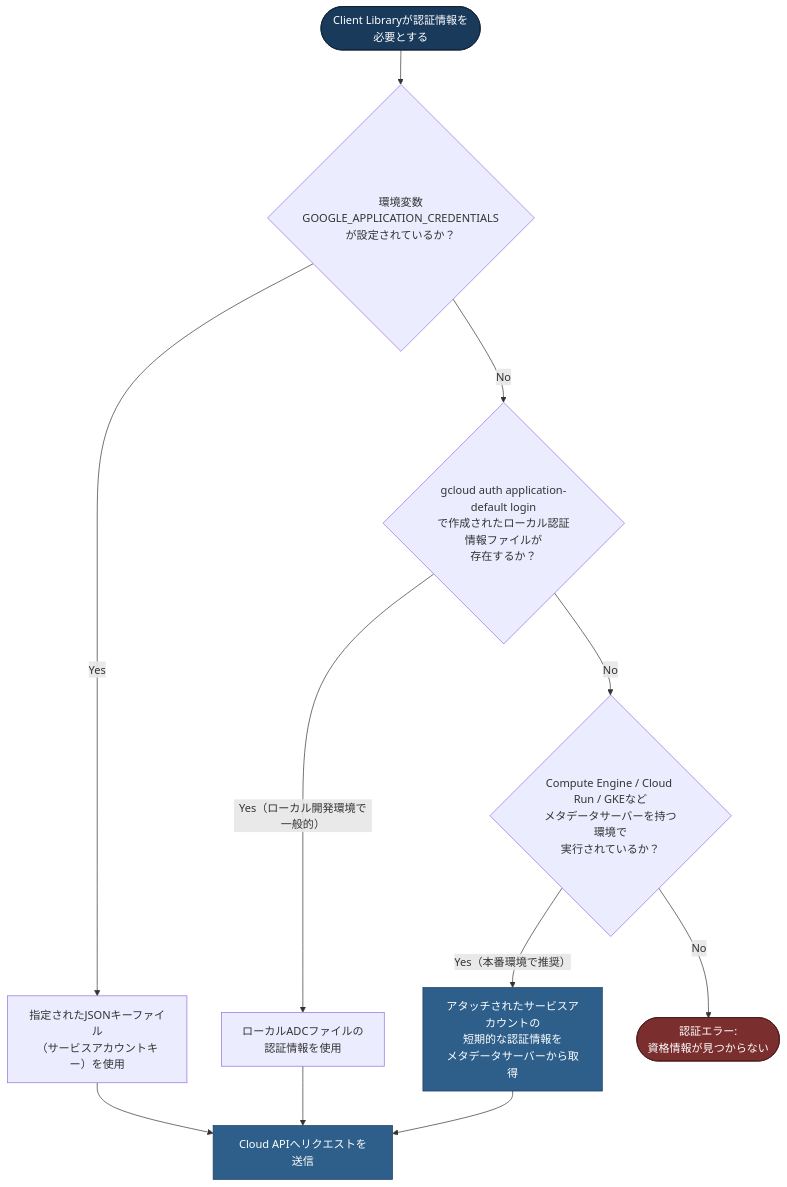
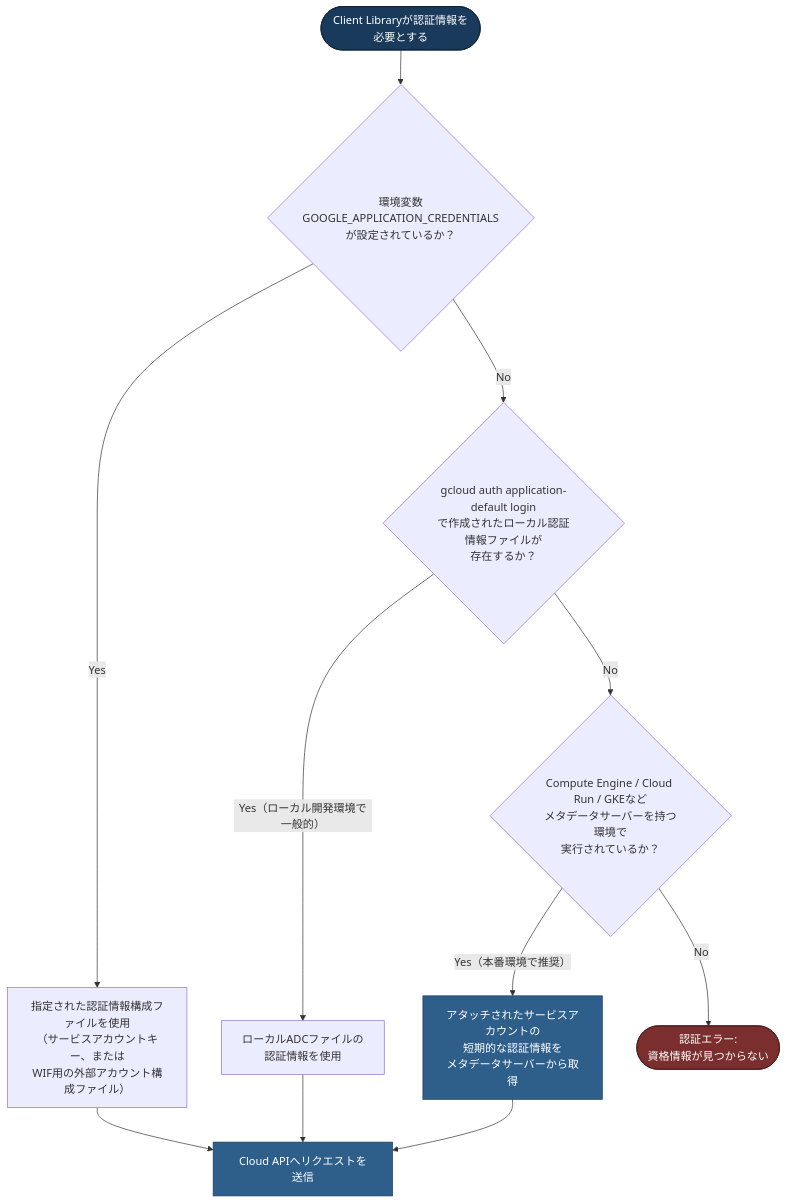
One commit to myoshi2891/Cloud-Infrastructure-Studies changed the tenth of 15 diagrams in Gcp-professional-cloud-developer-section4.md. Above: the diagram before and after it, drawn with Mermaid. The commit also changed other lines of this file and 2 other files, not shown here.

````diff
--- a/Gcp-professional-cloud-developer-section4.md
+++ b/Gcp-professional-cloud-developer-section4.md
@@ -492,19 +494,19 @@
 ```mermaid
 flowchart TD
     Start(["Client Libraryが認証情報を必要とする"]) --> C1{"環境変数<br/>GOOGLE_APPLICATION_CREDENTIALS<br/>が設定されているか？"}
-    C1 -->|"Yes"| Use1["指定されたJSONキーファイル<br/>（サービスアカウントキー）を使用"]
+    C1 -->|"Yes"| Use1["指定された認証情報構成ファイルを使用<br/>（サービスアカウントキー、または<br/>WIF用の外部アカウント構成ファイル）"]
     C1 -->|"No"| C2{"gcloud auth application-default login<br/>で作成されたローカル認証情報ファイルが<br/>存在するか？"}
     C2 -->|"Yes（ローカル開発環境で一般的）"| Use2["ローカルADCファイルの<br/>認証情報を使用"]
     C2 -->|"No"| C3{"Compute Engine / Cloud Run / GKEなど<br/>メタデータサーバーを持つ環境で<br/>実行されているか？"}
     C3 -->|"Yes（本番環境で推奨）"| Use3["アタッチされたサービスアカウントの<br/>短期的な認証情報を<br/>メタデータサーバーから取得"]
     C3 -->|"No"| Error(["認証エラー:<br/>資格情報が見つからない"])
 
     Use1 --> Call["Cloud APIへリクエストを送信"]
     Use2 --> Call
     Use3 --> Call
 
     style Start fill:#1a3a5c,stroke:#0d1f33,color:#ffffff
     style Use3 fill:#2d5f8a,stroke:#1a3a5c,color:#ffffff
     style Call fill:#2d5f8a,stroke:#1a3a5c,color:#ffffff
     style Error fill:#7a2e2e,stroke:#4a1a1a,color:#ffffff
 ```
````
